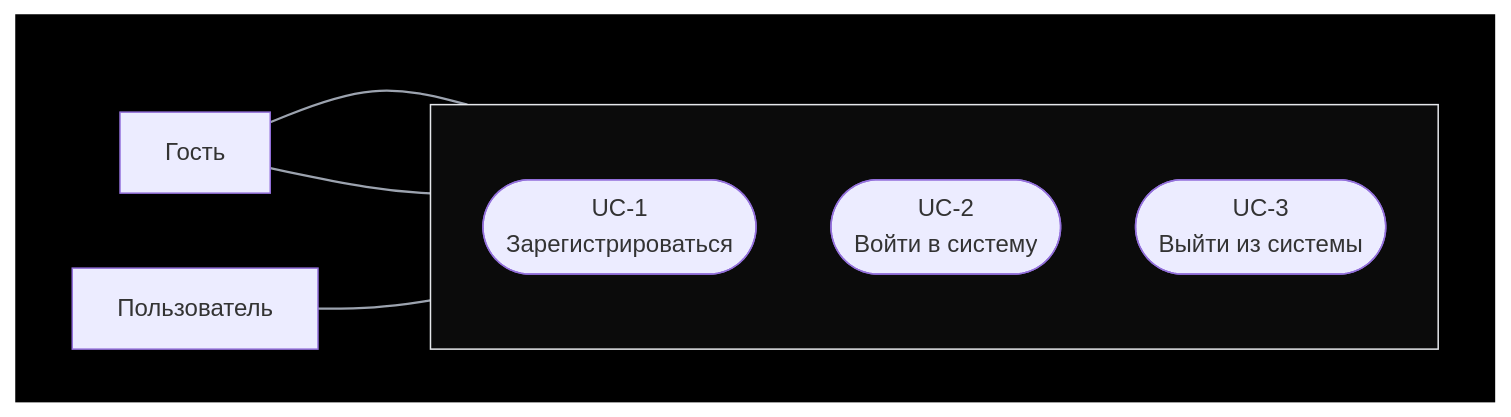
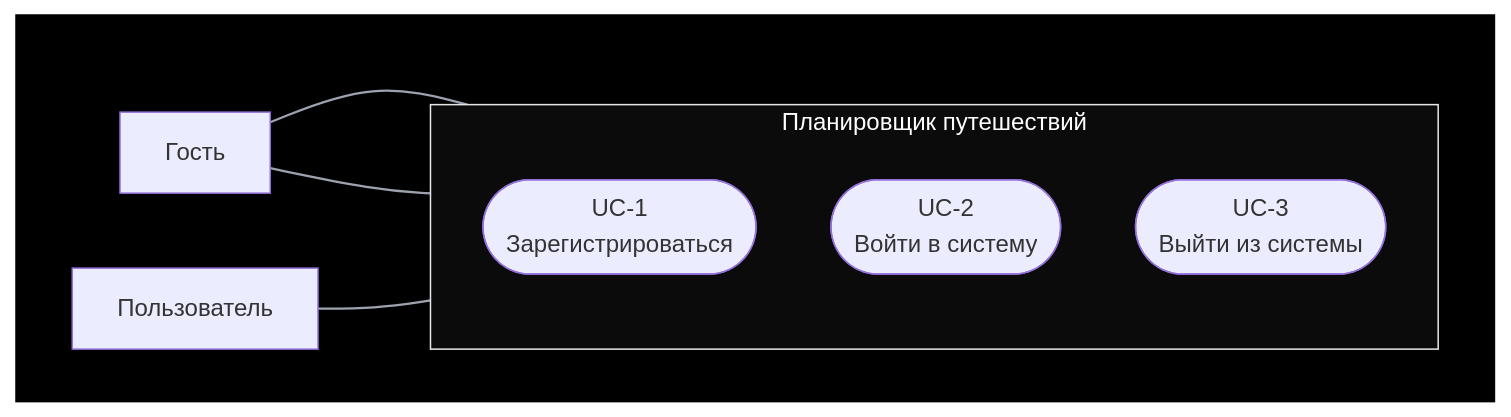
Before and after one commit to NE4EL/TravelSPO: the first of 6 diagrams in README.md, drawn with Mermaid. The commit also changed other lines of this file and 12 other files, not shown here.

````diff
--- a/README.md
+++ b/README.md
@@ -37,20 +37,20 @@
 ```mermaid
 flowchart LR
     subgraph BG[" "]
         direction LR
         G["Гость"]
         U["Пользователь"]
-        subgraph SYS[" "]
+        subgraph SYS["Планировщик путешествий"]
             direction TB
             UC1(["UC-1<br/>Зарегистрироваться"])
             UC2(["UC-2<br/>Войти в систему"])
             UC3(["UC-3<br/>Выйти из системы"])
         end
         G --- UC1
         G --- UC2
         U --- UC3
     end
     style BG fill:#000000,stroke:#000000
     style SYS fill:#0b0b0b,stroke:#e5e7eb,color:#ffffff
     linkStyle default stroke:#9ca3af,stroke-width:1.5px
 ```
````
